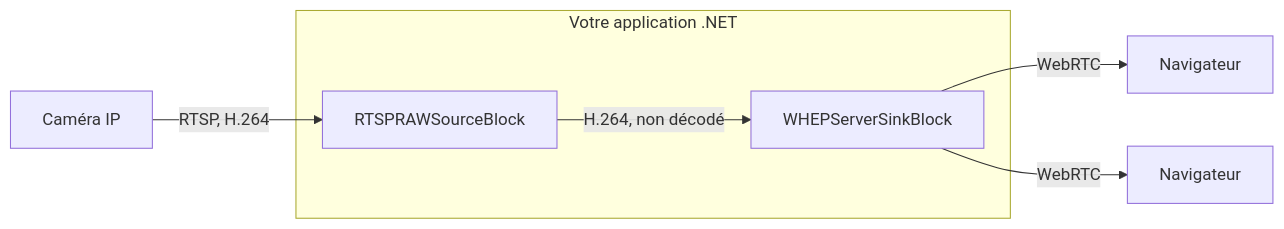
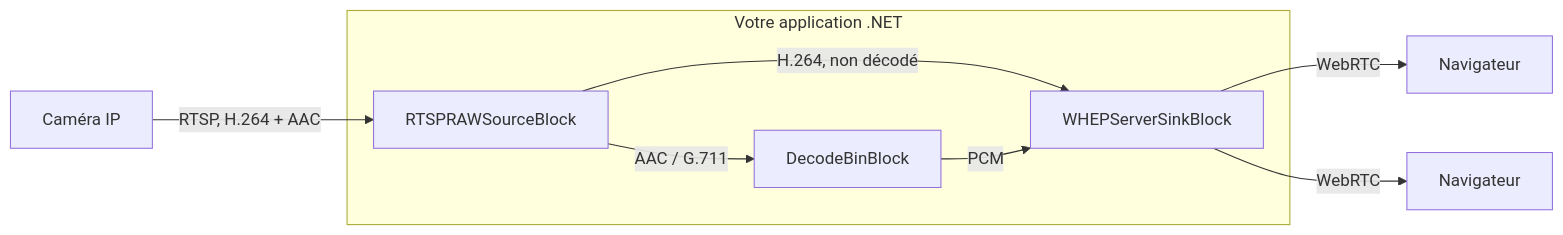
One commit to visioforge/help changed the first of 3 diagrams in dotnet/mediablocks/Guides/rtsp-cameras-in-browser-whep.fr.md. Above: the diagram before and after it, drawn with Mermaid. The commit also changed other lines of this file and 27 other files, not shown here.

````diff
--- a/dotnet/mediablocks/Guides/rtsp-cameras-in-browser-whep.fr.md
+++ b/dotnet/mediablocks/Guides/rtsp-cameras-in-browser-whep.fr.md
@@ -46,9 +47,11 @@
 ```mermaid
 graph LR;
-    cam["Caméra IP"] -- "RTSP, H.264" --> RTSPRAWSourceBlock;
+    cam["Caméra IP"] -- "RTSP, H.264 + AAC" --> RTSPRAWSourceBlock;
     subgraph app ["Votre application .NET"]
         RTSPRAWSourceBlock -- "H.264, non décodé" --> WHEPServerSinkBlock;
+        RTSPRAWSourceBlock -- "AAC / G.711" --> DecodeBinBlock;
+        DecodeBinBlock -- "PCM" --> WHEPServerSinkBlock;
     end
     WHEPServerSinkBlock -- WebRTC --> b1["Navigateur"];
     WHEPServerSinkBlock -- WebRTC --> b2["Navigateur"];
 ```
````
